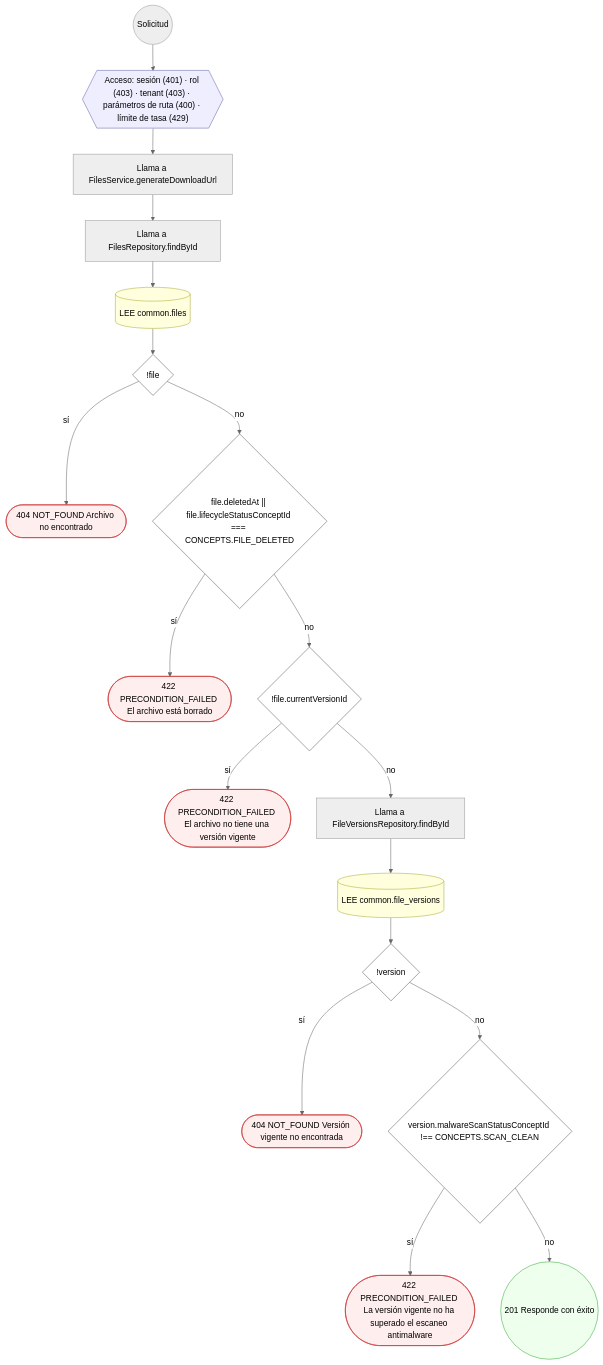
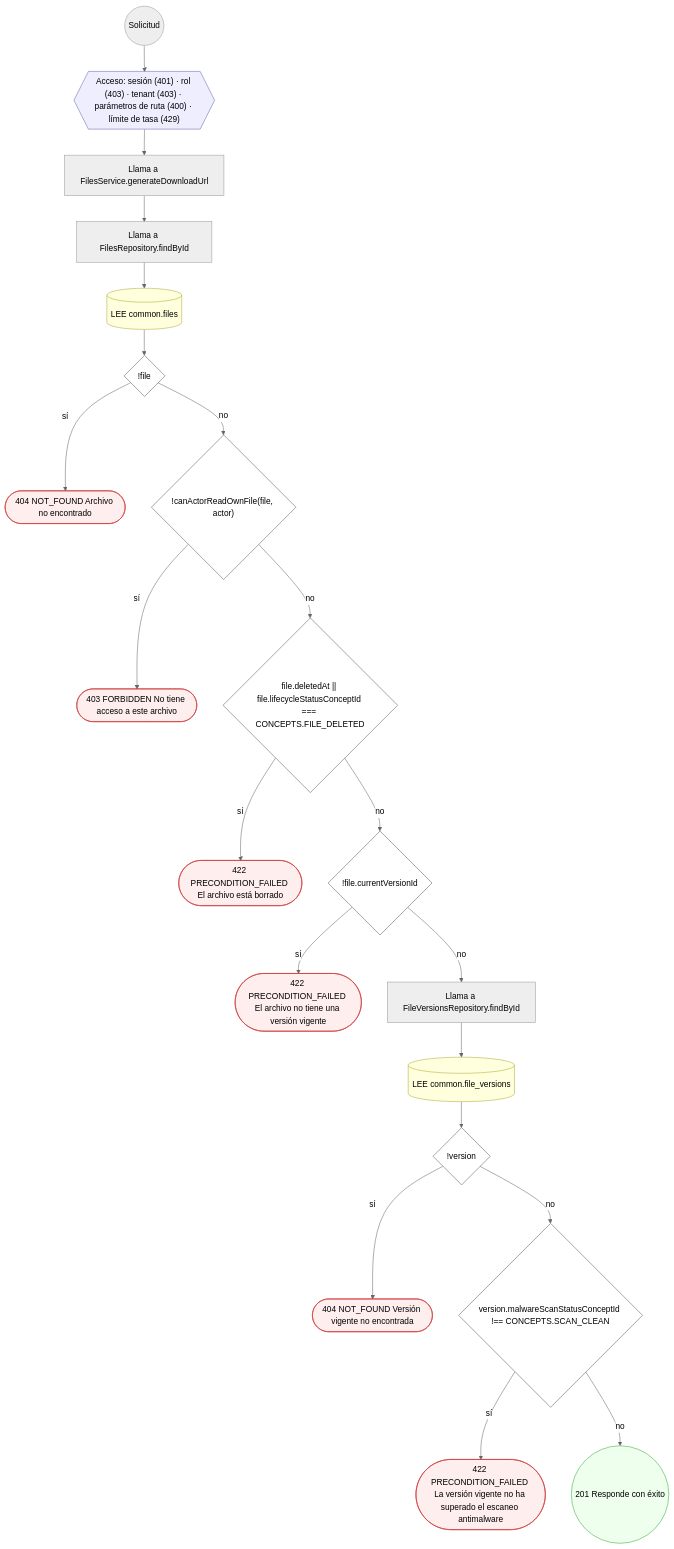
The sixth of 17 diagrams in docs/inventario/flujos/common.md (mdavila-2001/mantra-core-health-api), drawn with Mermaid (neutral theme) before and after one commit. The commit also changed other lines of this file and 451 other files, not shown here.

````diff
--- a/docs/inventario/flujos/common.md
+++ b/docs/inventario/flujos/common.md
@@ -354,44 +691,48 @@
 ```mermaid
 flowchart TD
   n1(("Solicitud")):::inicio
   n2{{"Acceso: sesión (401) · rol (403) · tenant (403) · parámetros de ruta (400) · límite de tasa (429)"}}:::acceso
   n1 --> n2
   n3["Llama a FilesService.generateDownloadUrl"]:::llamada
   n2 --> n3
   n4["Llama a FilesRepository.findById"]:::llamada
   n3 --> n4
   n5[("LEE common.files")]:::efecto
   n4 --> n5
   n6{"!file"}:::decision
   n5 --> n6
   n7(["404 NOT_FOUND Archivo no encontrado"]):::error
   n6 -->|"sí"| n7
-  n8{"file.deletedAt || file.lifecycleStatusConceptId === CONCEPTS.FILE_DELETED"}:::decision
+  n8{"!canActorReadOwnFile(file, actor)"}:::decision
   n6 -->|"no"| n8
-  n9(["422 PRECONDITION_FAILED El archivo está borrado"]):::error
+  n9(["403 FORBIDDEN No tiene acceso a este archivo"]):::error
   n8 -->|"sí"| n9
-  n10{"!file.currentVersionId"}:::decision
+  n10{"file.deletedAt || file.lifecycleStatusConceptId === CONCEPTS.FILE_DELETED"}:::decision
   n8 -->|"no"| n10
-  n11(["422 PRECONDITION_FAILED El archivo no tiene una versión vigente"]):::error
+  n11(["422 PRECONDITION_FAILED El archivo está borrado"]):::error
   n10 -->|"sí"| n11
-  n12["Llama a FileVersionsRepository.findById"]:::llamada
+  n12{"!file.currentVersionId"}:::decision
   n10 -->|"no"| n12
-  n13[("LEE common.file_versions")]:::efecto
-  n12 --> n13
-  n14{"!version"}:::decision
-  n13 --> n14
-  n15(["404 NOT_FOUND Versión vigente no encontrada"]):::error
-  n14 -->|"sí"| n15
-  n16{"version.malwareScanStatusConceptId !== CONCEPTS.SCAN_CLEAN"}:::decision
-  n14 -->|"no"| n16
-  n17(["422 PRECONDITION_FAILED La versión vigente no ha superado el escaneo antimalware"]):::error
+  n13(["422 PRECONDITION_FAILED El archivo no tiene una versión vigente"]):::error
+  n12 -->|"sí"| n13
+  n14["Llama a FileVersionsRepository.findById"]:::llamada
+  n12 -->|"no"| n14
+  n15[("LEE common.file_versions")]:::efecto
+  n14 --> n15
+  n16{"!version"}:::decision
+  n15 --> n16
+  n17(["404 NOT_FOUND Versión vigente no encontrada"]):::error
   n16 -->|"sí"| n17
-  n18(("201 Responde con éxito")):::ok
+  n18{"version.malwareScanStatusConceptId !== CONCEPTS.SCAN_CLEAN"}:::decision
   n16 -->|"no"| n18
+  n19(["422 PRECONDITION_FAILED La versión vigente no ha superado el escaneo antimalware"]):::error
+  n18 -->|"sí"| n19
+  n20(("201 Responde con éxito")):::ok
+  n18 -->|"no"| n20
   classDef acceso fill:#eef,stroke:#66a
   classDef error fill:#fee,stroke:#c33
   classDef ok fill:#efe,stroke:#3a3
   classDef efecto fill:#ffd,stroke:#aa3
   classDef decision fill:#fff,stroke:#555
   classDef corte fill:#eee,stroke:#999,stroke-dasharray: 4
 ```
````
